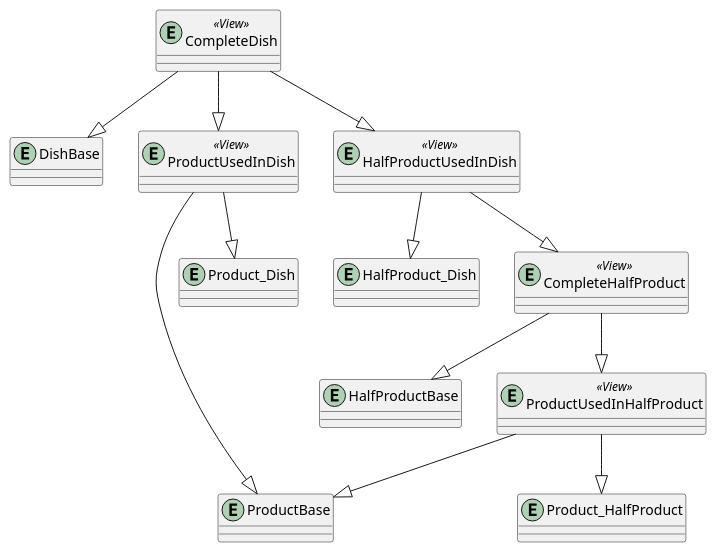
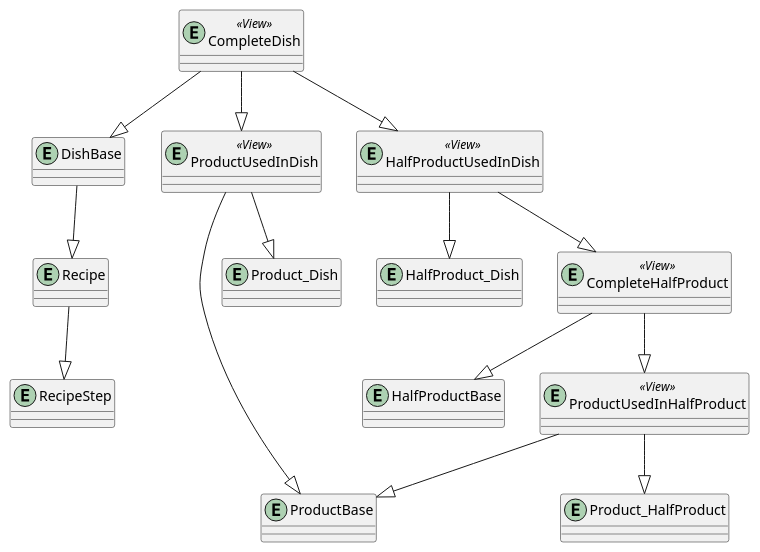
One commit to michalguspiel/FoodCostCalculator changed the diagram in design/data/database/relationships.plantuml. Above: the diagram before and after it, drawn with PlantUML. The commit also changed 13 other files, not shown here.

```diff
--- a/design/data/database/relationships.plantuml
+++ b/design/data/database/relationships.plantuml
@@ -1,32 +1,39 @@
 @startuml
 
 entity "ProductBase" as p
 entity "Product_HalfProduct" as php
 entity "HalfProductBase" as hp
 entity "Product_Dish" as pd
 entity "HalfProduct_Dish" as hpd
 entity "DishBase" as d
+
+entity "Recipe" as r
+entity "RecipeStep" as rs
 
 entity "ProductUsedInDish" as puid <<View>>
 entity "ProductUsedInHalfProduct" as puihp <<View>>
 entity "CompleteHalfProduct" as chp <<View>>
 entity "HalfProductUsedInDish" as hpdchp <<View>>
 entity "CompleteDish" as cd <<View>>
 
 puid --|> p 
 puid --|> pd 
 
 puihp --|> p 
 puihp --|> php 
 
 chp --|> hp 
 chp --|> puihp 
 
 hpdchp --|> hpd 
 hpdchp --|> chp 
 
 cd --|> d 
 cd --|> puid 
 cd --|> hpdchp 
 
+d --|> r
+r --|> rs
+
+
 @enduml
```
